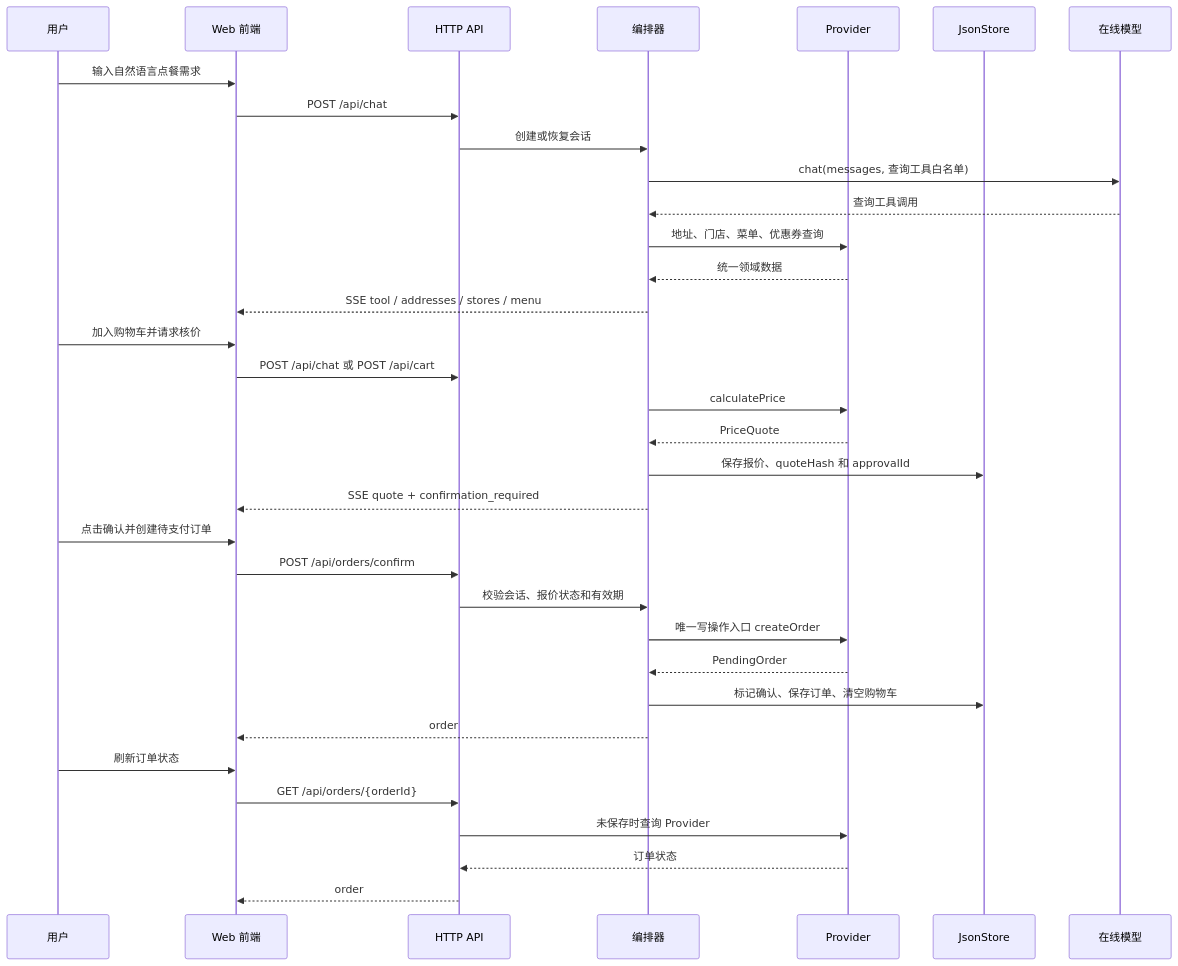
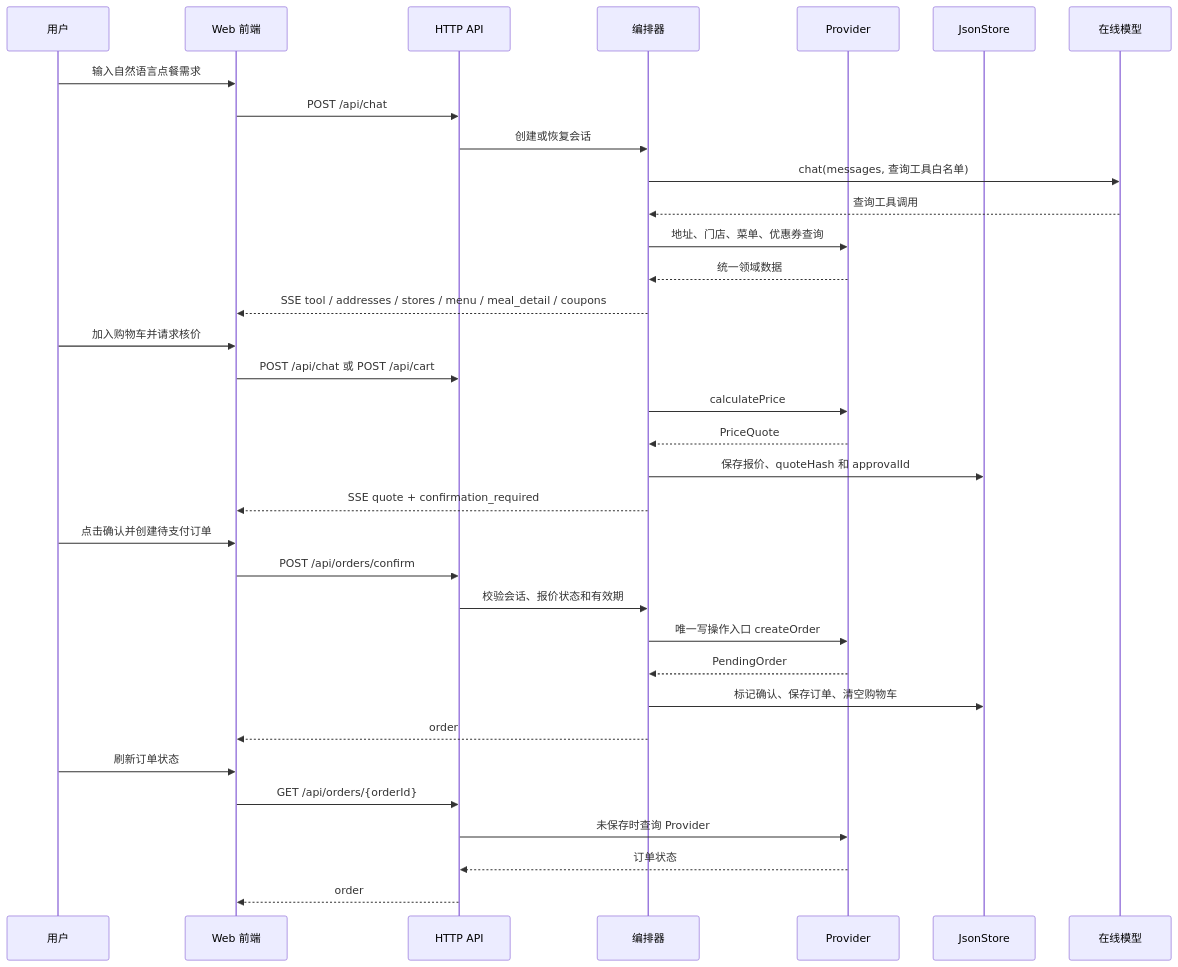
Before and after one commit to yousizaitianqiong/mcd-mcp-ai-ordering-course: the diagram in docs/architecture.md, drawn with Mermaid. The commit also changed other lines of this file and 9 other files, not shown here.

```diff
--- a/docs/architecture.md
+++ b/docs/architecture.md
@@ -32,37 +32,37 @@
 ~~~mermaid
 sequenceDiagram
     participant U as 用户
     participant W as Web 前端
     participant H as HTTP API
     participant O as 编排器
     participant P as Provider
     participant S as JsonStore
     participant M as 在线模型
 
     U->>W: 输入自然语言点餐需求
     W->>H: POST /api/chat
     H->>O: 创建或恢复会话
     O->>M: chat(messages, 查询工具白名单)
     M-->>O: 查询工具调用
     O->>P: 地址、门店、菜单、优惠券查询
     P-->>O: 统一领域数据
-    O-->>W: SSE tool / addresses / stores / menu
+    O-->>W: SSE tool / addresses / stores / menu / meal_detail / coupons
     U->>W: 加入购物车并请求核价
     W->>H: POST /api/chat 或 POST /api/cart
     O->>P: calculatePrice
     P-->>O: PriceQuote
     O->>S: 保存报价、quoteHash 和 approvalId
     O-->>W: SSE quote + confirmation_required
     U->>W: 点击确认并创建待支付订单
     W->>H: POST /api/orders/confirm
     H->>O: 校验会话、报价状态和有效期
     O->>P: 唯一写操作入口 createOrder
     P-->>O: PendingOrder
     O->>S: 标记确认、保存订单、清空购物车
     O-->>W: order
     U->>W: 刷新订单状态
     W->>H: GET /api/orders/{orderId}
     H->>P: 未保存时查询 Provider
     P-->>H: 订单状态
     H-->>W: order
 ~~~
```
